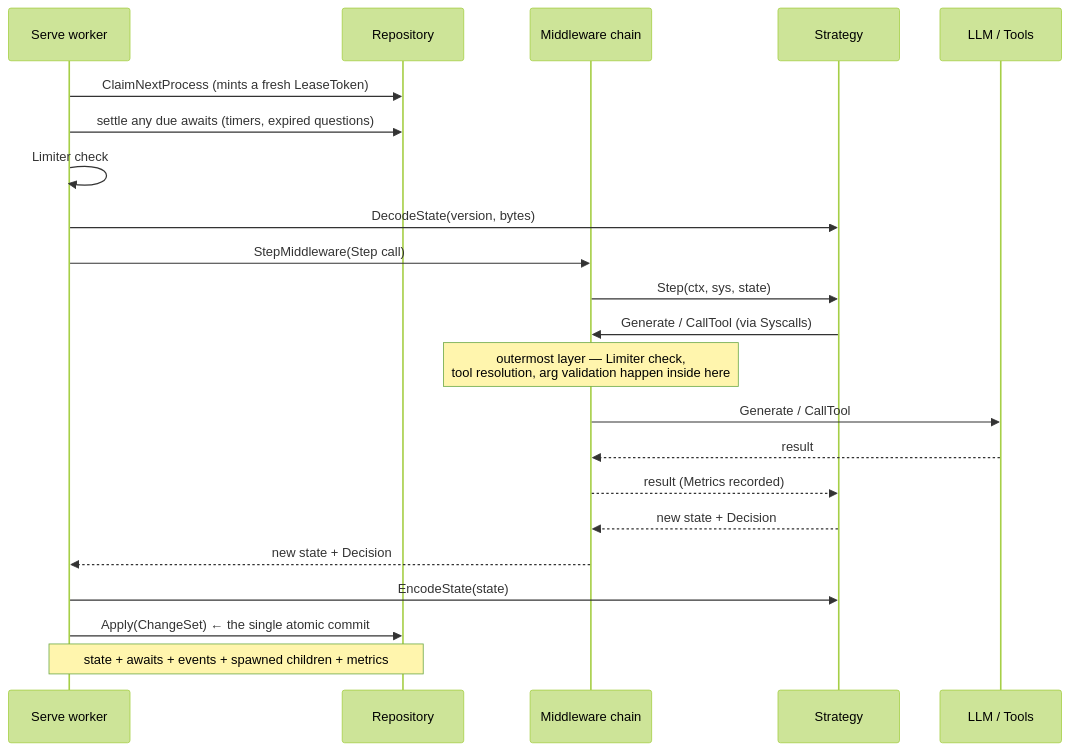
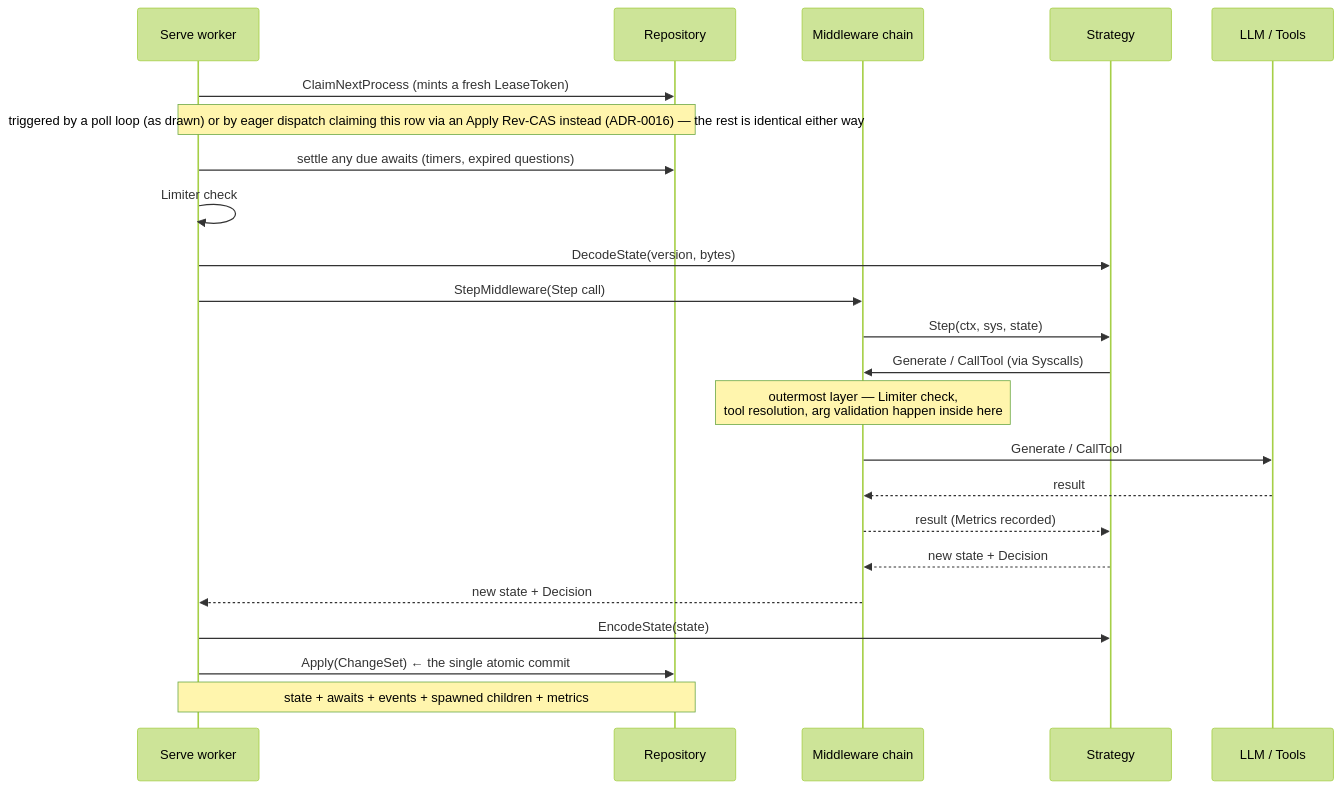
One commit to gollem-dev/agentkit changed the second of 2 diagrams in docs/design/architecture.md. Above: the diagram before and after it, drawn with Mermaid (forest theme). The commit also changed other lines of this file and 27 other files, not shown here.

Commit message:
feat: eager in-process dispatch and two-tier concurrency (#11)

````diff
--- a/docs/design/architecture.md
+++ b/docs/design/architecture.md
@@ -87,25 +87,26 @@
 ```mermaid
 sequenceDiagram
   participant W as Serve worker
   participant R as Repository
   participant M as Middleware chain
   participant S as Strategy
   participant X as LLM / Tools
 
   W->>R: ClaimNextProcess (mints a fresh LeaseToken)
+  Note over W,R: triggered by a poll loop (as drawn) or by eager dispatch claiming this row via an Apply Rev-CAS instead (ADR-0016) — the rest is identical either way
   W->>R: settle any due awaits (timers, expired questions)
   W->>W: Limiter check
   W->>S: DecodeState(version, bytes)
   W->>M: StepMiddleware(Step call)
   M->>S: Step(ctx, sys, state)
   S->>M: Generate / CallTool (via Syscalls)
   Note over M: outermost layer — Limiter check,<br/>tool resolution, arg validation happen inside here
   M->>X: Generate / CallTool
   X-->>M: result
   M-->>S: result (Metrics recorded)
   S-->>M: new state + Decision
   M-->>W: new state + Decision
   W->>S: EncodeState(state)
   W->>R: Apply(ChangeSet)  ← the single atomic commit
   Note over W,R: state + awaits + events + spawned children + metrics
 ```
````
